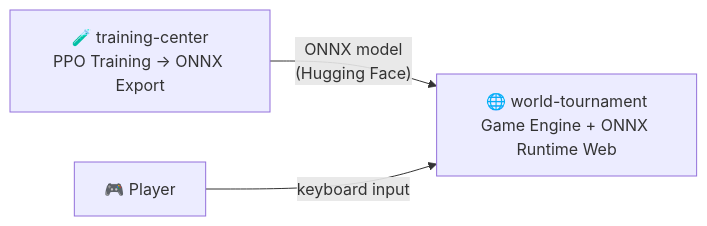
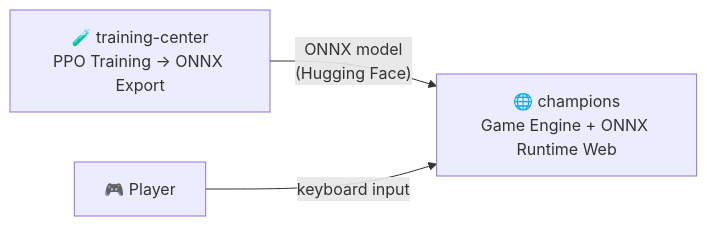
The diagram in README.md (alphachu-volleyball/champions), drawn with Mermaid before and after one commit. The commit also changed other lines of this file and 4 other files, not shown here.

Commit message:
chore: rename repo from world-tournament to champions (#7)

````diff
--- a/README.md
+++ b/README.md
@@ -20,9 +20,9 @@
 ```mermaid
 graph LR
     TC["🧪 training-center<br>PPO Training → ONNX Export"]
-    WT["🌐 world-tournament<br>Game Engine + ONNX Runtime Web"]
+    WT["🌐 champions<br>Game Engine + ONNX Runtime Web"]
     USER["🎮 Player"]
 
     TC -- "ONNX model<br>(Hugging Face)" --> WT
     USER -- "keyboard input" --> WT
 ```
````
